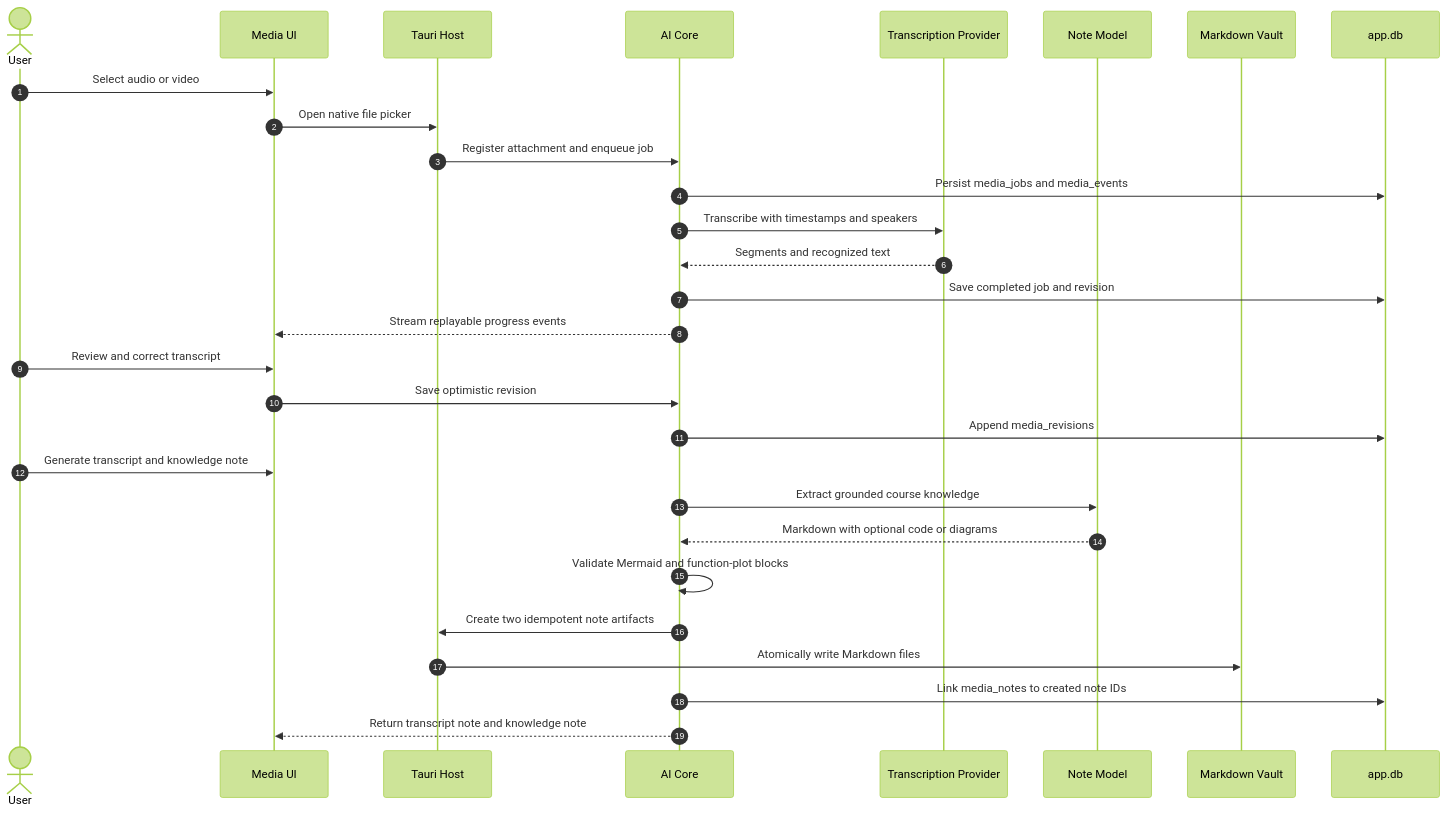
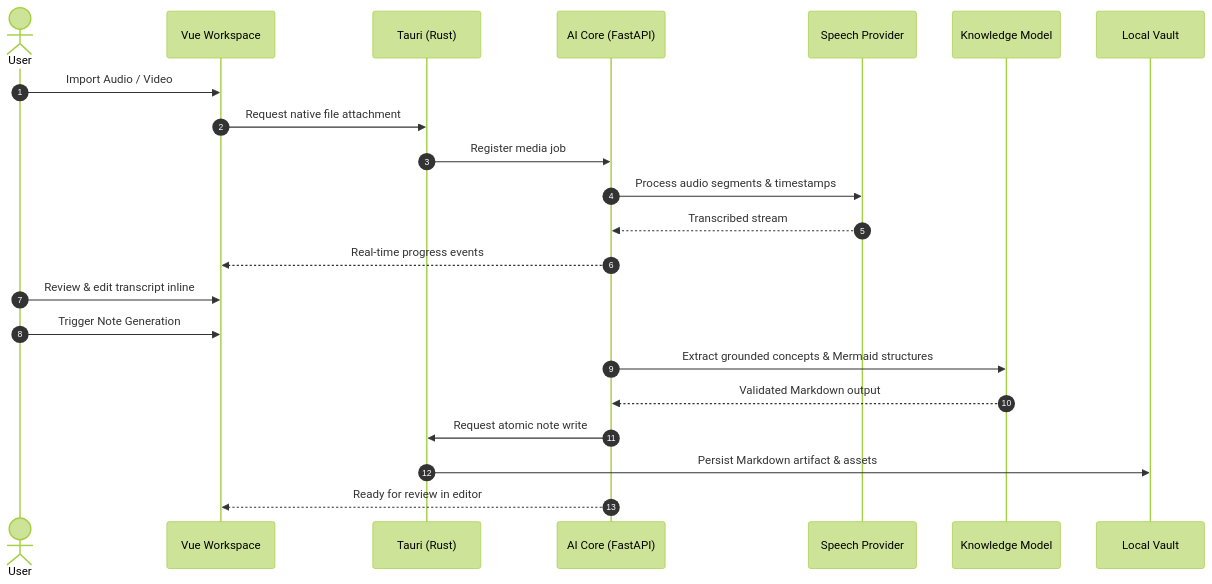
The first of 4 diagrams in README.md (KiriAky107/OpenNexus), drawn with Mermaid (forest theme) before and after one commit. The commit also changed other lines of this file, not shown here.

````diff
--- a/README.md
+++ b/README.md
@@ -86,32 +81,26 @@
 ```mermaid
 sequenceDiagram
     autonumber
     actor User
-    participant UI as Media UI
-    participant Host as Tauri Host
-    participant Core as AI Core
-    participant ASR as Transcription Provider
-    participant Model as Note Model
-    participant Vault as Markdown Vault
-    participant DB as app.db
+    participant UI as Vue Workspace
+    participant Host as Tauri (Rust)
+    participant Core as AI Core (FastAPI)
+    participant ASR as Speech Provider
+    participant LLM as Knowledge Model
+    participant Vault as Local Vault
 
-    User->>UI: Select audio or video
-    UI->>Host: Open native file picker
-    Host->>Core: Register attachment and enqueue job
-    Core->>DB: Persist media_jobs and media_events
-    Core->>ASR: Transcribe with timestamps and speakers
-    ASR-->>Core: Segments and recognized text
-    Core->>DB: Save completed job and revision
-    Core-->>UI: Stream replayable progress events
-    User->>UI: Review and correct transcript
-    UI->>Core: Save optimistic revision
-    Core->>DB: Append media_revisions
-    User->>UI: Generate transcript and knowledge note
-    Core->>Model: Extract grounded course knowledge
-    Model-->>Core: Markdown with optional code or diagrams
-    Core->>Core: Validate Mermaid and function-plot blocks
-    Core->>Host: Create two idempotent note artifacts
-    Host->>Vault: Atomically write Markdown files
-    Core->>DB: Link media_notes to created note IDs
-    Core-->>UI: Return transcript note and knowledge note
+    User->>UI: Import Audio / Video
+    UI->>Host: Request native file attachment
+    Host->>Core: Register media job
+    Core->>ASR: Process audio segments & timestamps
+    ASR-->>Core: Transcribed stream
+    Core-->>UI: Real-time progress events
+    User->>UI: Review & edit transcript inline
+    User->>UI: Trigger Note Generation
+    Core->>LLM: Extract grounded concepts & Mermaid structures
+    LLM-->>Core: Validated Markdown output
+    Core->>Host: Request atomic note write
+    Host->>Vault: Persist Markdown artifact & assets
+    Core-->>UI: Ready for review in editor
+
 ```
````
